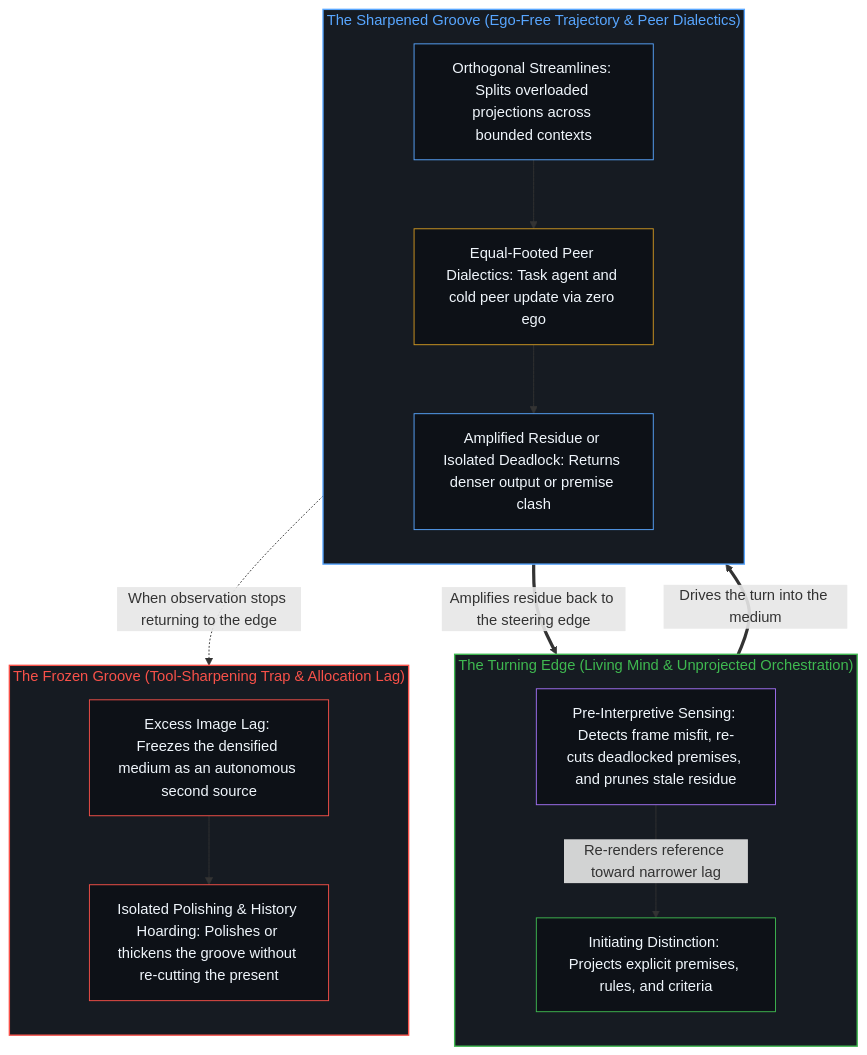
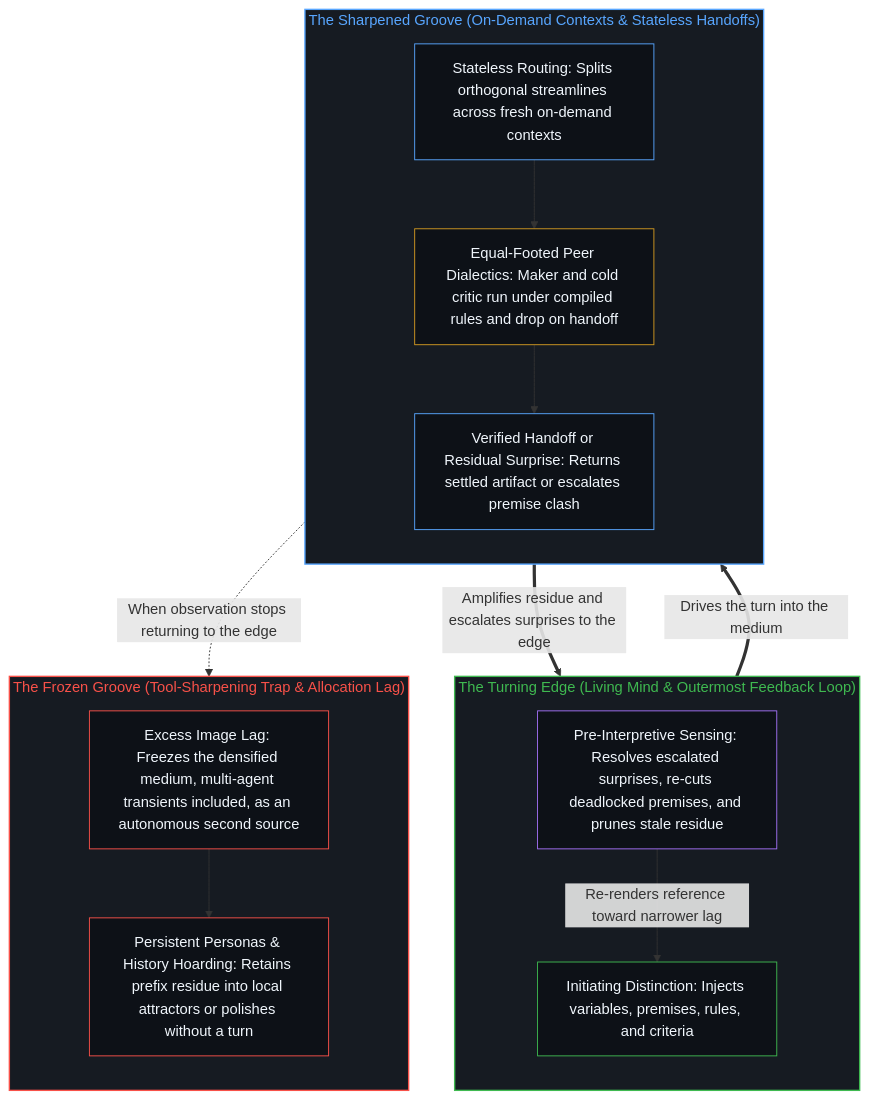
The second of 2 diagrams in content/posts/the-flywheel-of-the-mind.md (powerpig99/not-a-toe), drawn with Mermaid before and after one commit. The commit also changed other lines of this file and 7 other files, not shown here.

Commit message:
sleep(L1): refine Batch 2 (6 posts) + Index link for the-illusion-of-multi-agent-collaboration

````diff
--- a/content/posts/the-flywheel-of-the-mind.md
+++ b/content/posts/the-flywheel-of-the-mind.md
@@ -83,35 +83,35 @@
 ```mermaid
 flowchart TD
-    subgraph S_Edge["The Turning Edge (Living Mind & Unprojected Orchestration)"]
+    subgraph S_Edge["The Turning Edge (Living Mind & Outermost Feedback Loop)"]
         direction TB
-        E_Init["Initiating Distinction: Projects explicit premises, rules, and criteria"]
-        E_Sense["Pre-Interpretive Sensing: Detects frame misfit, re-cuts deadlocked premises, and prunes stale residue"]
+        E_Init["Initiating Distinction: Injects variables, premises, rules, and criteria"]
+        E_Sense["Pre-Interpretive Sensing: Resolves escalated surprises, re-cuts deadlocked premises, and prunes stale residue"]
         E_Sense -->|"Re-renders reference toward narrower lag"| E_Init
     end
-    subgraph S_Groove["The Sharpened Groove (Ego-Free Trajectory & Peer Dialectics)"]
+    subgraph S_Groove["The Sharpened Groove (On-Demand Contexts & Stateless Handoffs)"]
         direction TB
-        G_Route["Orthogonal Streamlines: Splits overloaded projections across bounded contexts"]
-        G_Debate["Equal-Footed Peer Dialectics: Task agent and cold peer update via zero ego"]
-        G_Signal["Amplified Residue or Isolated Deadlock: Returns denser output or premise clash"]
+        G_Route["Stateless Routing: Splits orthogonal streamlines across fresh on-demand contexts"]
+        G_Debate["Equal-Footed Peer Dialectics: Maker and cold critic run under compiled rules and drop on handoff"]
+        G_Signal["Verified Handoff or Residual Surprise: Returns settled artifact or escalates premise clash"]
         G_Route --> G_Debate --> G_Signal
     end
     subgraph S_Trap["The Frozen Groove (Tool-Sharpening Trap & Allocation Lag)"]
         direction TB
-        T_Lag["Excess Image Lag: Freezes the densified medium as an autonomous second source"]
-        T_Stall["Isolated Polishing & History Hoarding: Polishes or thickens the groove without re-cutting the present"]
+        T_Lag["Excess Image Lag: Freezes the densified medium, multi-agent transients included, as an autonomous second source"]
+        T_Stall["Persistent Personas & History Hoarding: Retains prefix residue into local attractors or polishes without a turn"]
         T_Lag --> T_Stall
     end
     E_Init ==>|"Drives the turn into the medium"| G_Route
-    G_Signal ==>|"Amplifies residue back to the steering edge"| E_Sense
+    G_Signal ==>|"Amplifies residue and escalates surprises to the edge"| E_Sense
     G_Signal -.->|"When observation stops returning to the edge"| T_Lag
     style S_Edge fill:#161b22,stroke:#3fb950,stroke-width:1.5px,color:#3fb950
     style S_Groove fill:#161b22,stroke:#58a6ff,stroke-width:1.5px,color:#58a6ff
     style S_Trap fill:#161b22,stroke:#f85149,stroke-width:1.5px,color:#f85149
     style E_Init fill:#0d1117,stroke:#3fb950,stroke-width:1px,color:#f0f6fc
     style E_Sense fill:#0d1117,stroke:#a371f7,stroke-width:1px,color:#f0f6fc
     style G_Route fill:#0d1117,stroke:#58a6ff,stroke-width:1px,color:#f0f6fc
     style G_Debate fill:#0d1117,stroke:#d29922,stroke-width:1px,color:#f0f6fc
     style G_Signal fill:#0d1117,stroke:#58a6ff,stroke-width:1px,color:#f0f6fc
     style T_Lag fill:#0d1117,stroke:#f85149,stroke-width:1px,color:#f0f6fc
     style T_Stall fill:#0d1117,stroke:#f85149,stroke-width:1px,color:#f0f6fc
 ```
````
